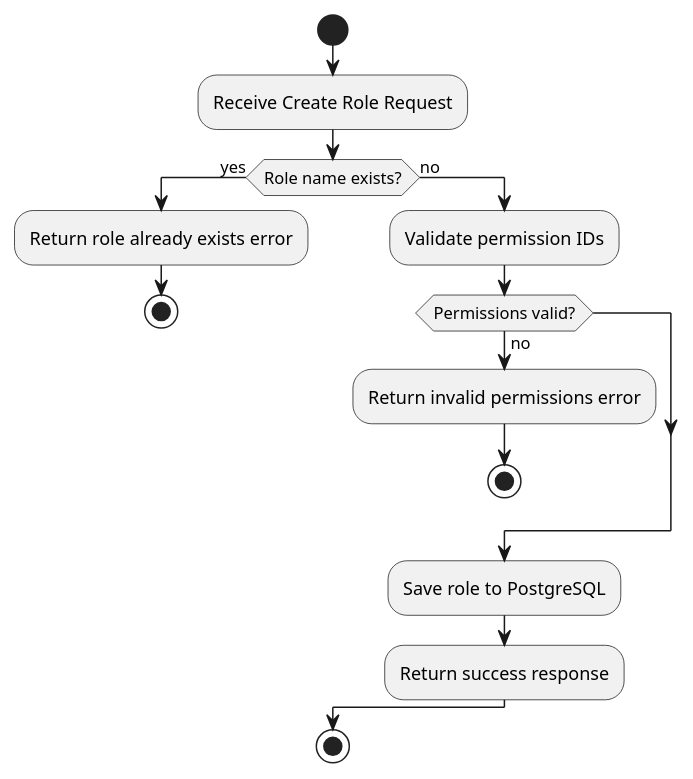
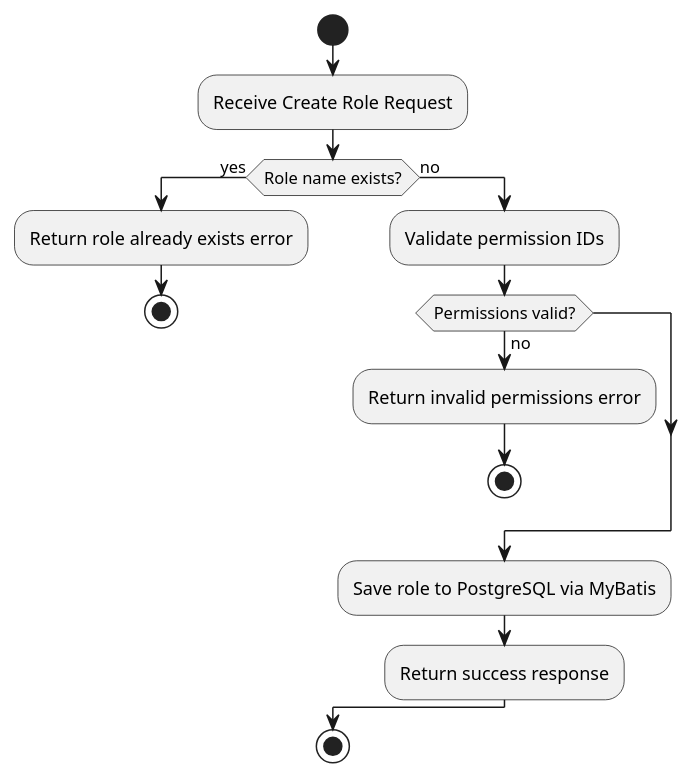
One commit to hutaoying/auth-demo changed diagram 11 of 12 in doc/Technical Design Document.md. Above: the diagram before and after it, drawn with PlantUML. The commit also changed other lines of this file and 25 other files, not shown here.

````diff
--- a/doc/Technical Design Document.md
+++ b/doc/Technical Design Document.md
@@ -202,19 +306,19 @@
 ```plantuml
 @startuml
 start
 :Receive Create Role Request;
 if (Role name exists?) then (yes)
     :Return role already exists error;
     stop
 else (no)
     :Validate permission IDs;
     if (Permissions valid?) then (no)
         :Return invalid permissions error;
         stop
     endif
-    :Save role to PostgreSQL;
+    :Save role to PostgreSQL via MyBatis;
     :Return success response;
 endif
 stop
 @enduml
 ```
````
